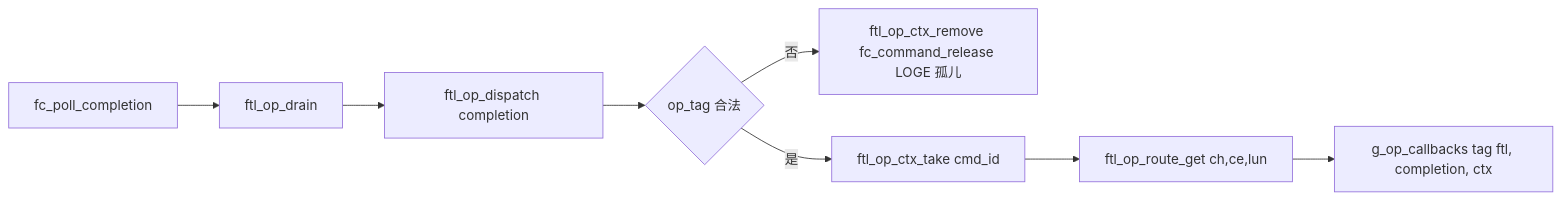
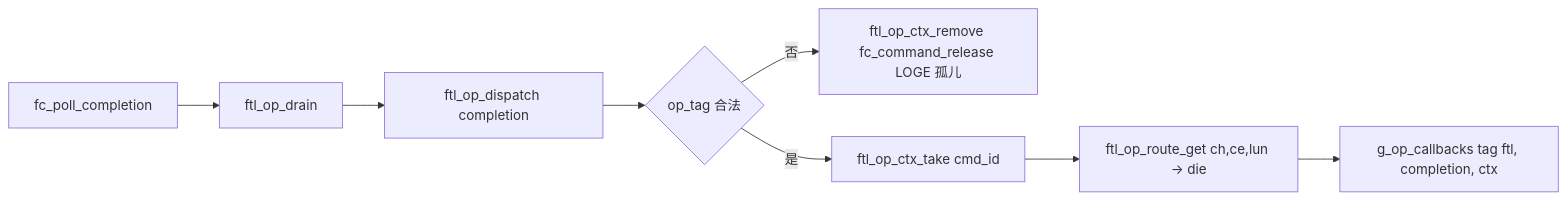
One commit to YzYMIAO/BASESSD changed diagram 17 of 33 in docs/design/ftl_design.md. Above: the diagram before and after it, drawn with Mermaid. The commit also changed other lines of this file and 30 other files, not shown here.

First line of the commit message:
refactor(ftl): 运行时 die 拓扑、逐 LUN 探测与 die 索引路由

````diff
--- a/docs/design/ftl_design.md
+++ b/docs/design/ftl_design.md
@@ -3035,10 +3060,10 @@
 ```mermaid
 flowchart LR
     A["fc_poll_completion"] --> B["ftl_op_drain"]
     B --> C["ftl_op_dispatch completion"]
     C --> D{"op_tag 合法"}
     D -- "否" --> E["ftl_op_ctx_remove fc_command_release LOGE 孤儿"]
     D -- "是" --> F["ftl_op_ctx_take cmd_id"]
-    F --> G["ftl_op_route_get ch,ce,lun"]
+    F --> G["ftl_op_route_get ch,ce,lun → die"]
     G --> H["g_op_callbacks tag ftl, completion, ctx"]
 ```
````
